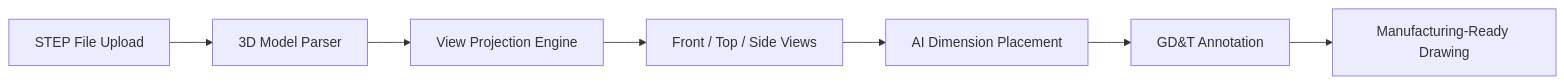
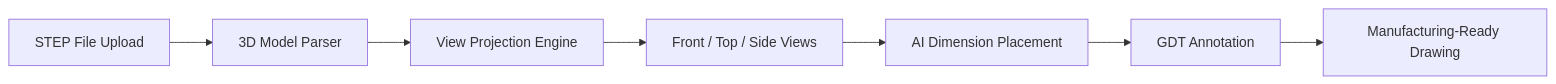
One commit to dawarazhar11/dawarazhar11 changed diagram 13 of 16 in README.md. Above: the diagram before and after it, drawn with Mermaid. The commit also changed other lines of this file, not shown here.

Commit message:
Fix Mermaid: remove bidirectional arrows and & chars, add API Development tech stack

````diff
--- a/README.md
+++ b/README.md
@@ -452,9 +461,9 @@
 ```mermaid
 graph LR
     A["STEP File Upload"] --> B["3D Model Parser"]
     B --> C["View Projection Engine"]
     C --> D["Front / Top / Side Views"]
     D --> E["AI Dimension Placement"]
-    E --> F["GD&T Annotation"]
+    E --> F["GDT Annotation"]
     F --> G["Manufacturing-Ready Drawing"]
 ```
````
